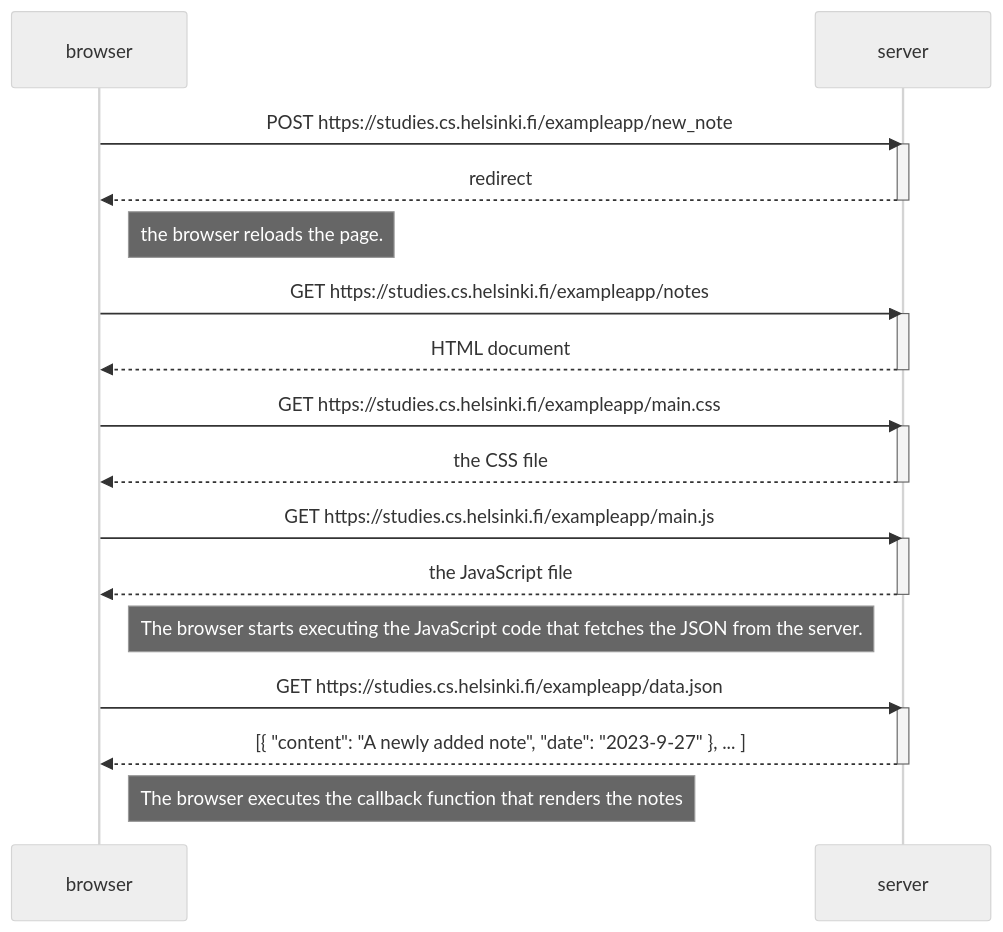
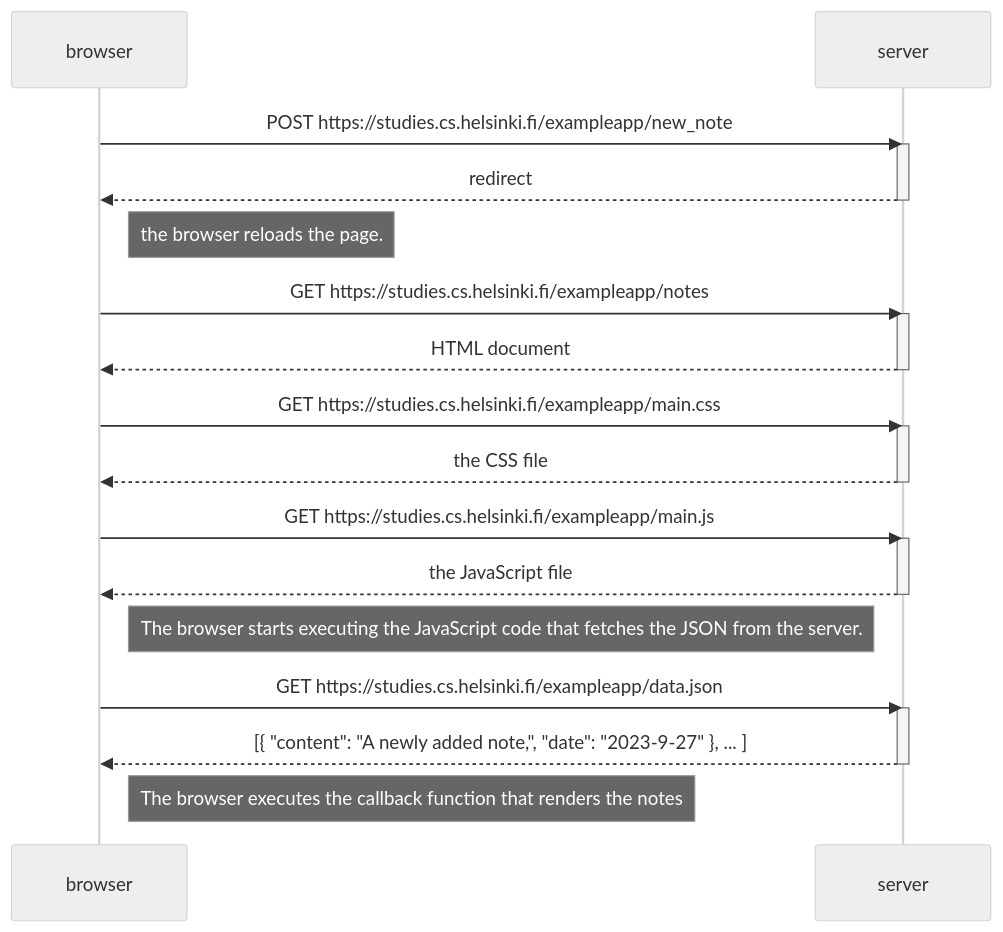
The diagram in part0/0.4/new_note_diagram.md (AlexanderGurnet/fullstackopen), drawn with Mermaid (neutral theme) before and after one commit.

````diff
--- a/part0/0.4/new_note_diagram.md
+++ b/part0/0.4/new_note_diagram.md
@@ -2,35 +2,35 @@
 ```mermaid
   sequenceDiagram
     participant browser
     participant server
 
     browser->>server: POST https://studies.cs.helsinki.fi/exampleapp/new_note
     activate server
     server-->>browser: redirect
     deactivate server
     Note right of browser: the browser reloads the page.
 
     browser->>server: GET https://studies.cs.helsinki.fi/exampleapp/notes
     activate server
     server-->>browser: HTML document
     deactivate server
     
     browser->>server: GET https://studies.cs.helsinki.fi/exampleapp/main.css
     activate server
     server-->>browser: the CSS file
     deactivate server
 
     browser->>server: GET https://studies.cs.helsinki.fi/exampleapp/main.js
     activate server
     server-->>browser: the JavaScript file
     deactivate server
 
     Note right of browser: The browser starts executing the JavaScript code that fetches the JSON from the server.
 
     browser->>server: GET https://studies.cs.helsinki.fi/exampleapp/data.json
     activate server
-    server-->>browser: [{ "content": "A newly added note", "date": "2023-9-27" }, ... ]
+    server-->>browser: [{ "content": "A newly added note,", "date": "2023-9-27" }, ... ]
     deactivate server
 
     Note right of browser: The browser executes the callback function that renders the notes
 ```
````
